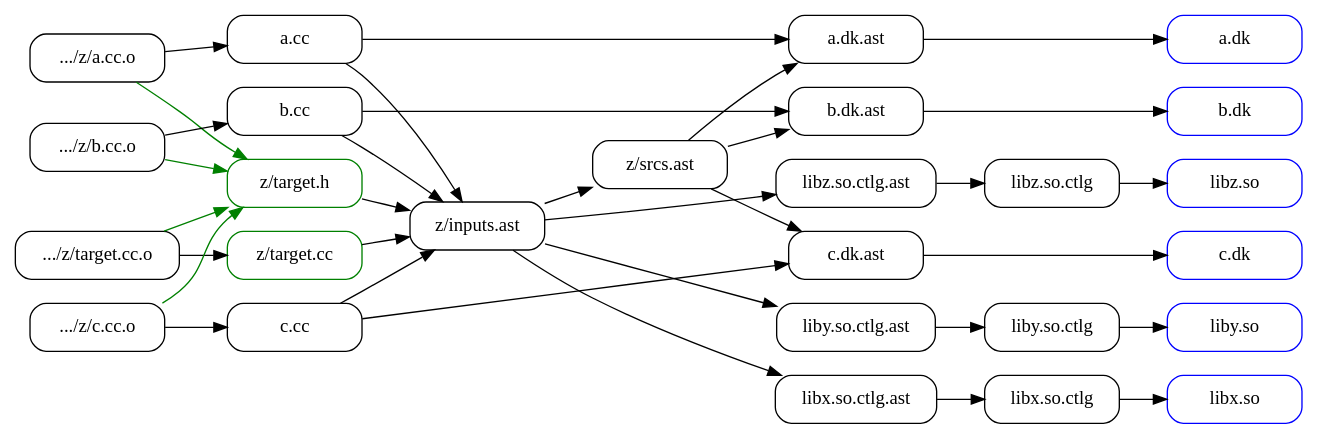
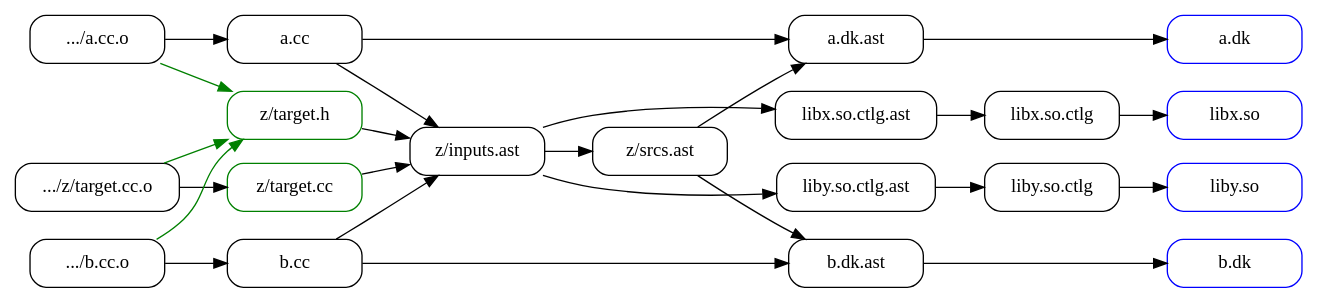
Before and after one commit to Ayyzee/dakota: the diagram in depends.dot, drawn with Graphviz.

Commit message:
Reduce and improve layout of depends.dot.:

```diff
--- a/depends.dot
+++ b/depends.dot
@@ -1,69 +1,58 @@
 digraph {
   graph [ rankdir = LR, dir = back ];
   node [ shape = rect, style = rounded, width = 1.4 ];
 
   "a.dk" [ color = blue ];
   "b.dk" [ color = blue ];
-  "c.dk" [ color = blue ];
   "libx.so" [ color = blue ];
   "liby.so" [ color = blue ];
-  "libz.so" [ color = blue ];
   "z/target.h" [ color = green ];
   "z/target.cc" [ color = green ];
 
-  ".../z/target.cc.o" -> "z/target.cc";
+  ".../z/target.cc.o" -> "z/target.cc" [ weight = 3 ];
   ".../z/target.cc.o" -> "z/target.h" [ color = green ];
 
-  ".../z/a.cc.o" -> "a.cc";
-  ".../z/a.cc.o" -> "z/target.h" [ color = green ];
+  ".../a.cc.o" -> "a.cc" [ weight = 3 ]
+  ".../a.cc.o" -> "z/target.h" [ color = green ];
 
-  ".../z/b.cc.o" -> "b.cc";
-  ".../z/b.cc.o" -> "z/target.h" [ color = green ];
-
-  ".../z/c.cc.o" -> "c.cc";
-  ".../z/c.cc.o" -> "z/target.h" [ color = green ];
+  ".../b.cc.o" -> "b.cc" [ weight = 3 ];
+  ".../b.cc.o" -> "z/target.h" [ color = green ];
 
   "z/target.h" -> "z/inputs.ast";
   "z/target.cc" -> "z/inputs.ast";
 
   "a.cc" -> "z/inputs.ast";
-  "a.cc" -> "a.dk.ast";
+  "a.cc" -> "a.dk.ast" [ weight = 3 ];
   
   "b.cc" -> "z/inputs.ast";
-  "b.cc" -> "b.dk.ast";
-  
-  "c.cc" -> "z/inputs.ast";
-  "c.cc" -> "c.dk.ast";
+  "b.cc" -> "b.dk.ast" [ weight = 3 ];
   
   "z/inputs.ast" -> "z/srcs.ast";
   "z/inputs.ast" -> "libx.so.ctlg.ast";
   "z/inputs.ast" -> "liby.so.ctlg.ast";
-  "z/inputs.ast" -> "libz.so.ctlg.ast";
 
   "z/srcs.ast" -> "a.dk.ast" -> "a.dk";
   "z/srcs.ast" -> "b.dk.ast" -> "b.dk";
-  "z/srcs.ast" -> "c.dk.ast" -> "c.dk";
 
   "libx.so.ctlg.ast" -> "libx.so.ctlg" -> "libx.so";
   "liby.so.ctlg.ast" -> "liby.so.ctlg" -> "liby.so";
-  "libz.so.ctlg.ast" -> "libz.so.ctlg" -> "libz.so";
 
+  // layout control below
   subgraph {
     graph [ rank = same ];
     "a.dk.ast";
     "b.dk.ast";
-    "c.dk.ast";
     "libx.so.ctlg.ast";
     "liby.so.ctlg.ast";
-    "libz.so.ctlg.ast";
   }
   subgraph {
     graph [ rank = same ];
     "a.dk";
     "b.dk";
-    "c.dk";
     "libx.so";
     "liby.so";
-    "libz.so";
   }
+  "libx.so.ctlg.ast" -> "liby.so.ctlg.ast" [ color = red, style = invis ];
+  "z/srcs.ast" -> "libx.so.ctlg.ast" [ color = red, style = invis ];
+  "z/srcs.ast" -> "liby.so.ctlg.ast" [ color = red, style = invis ];
 }
```
